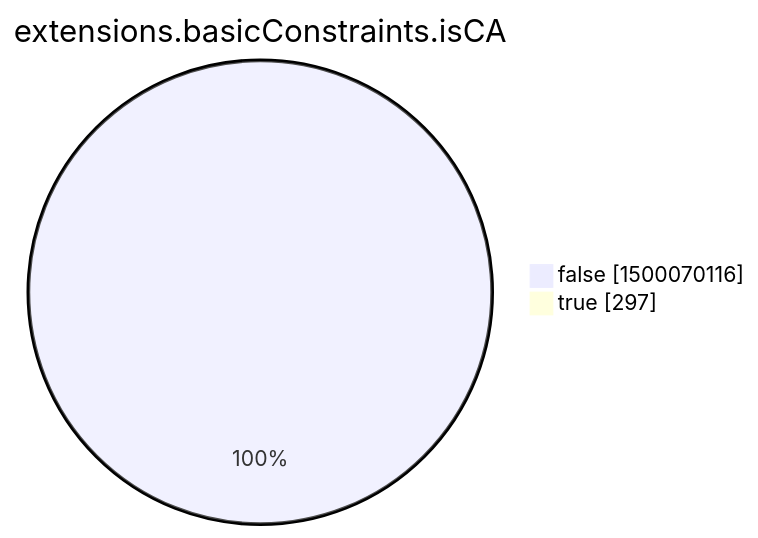
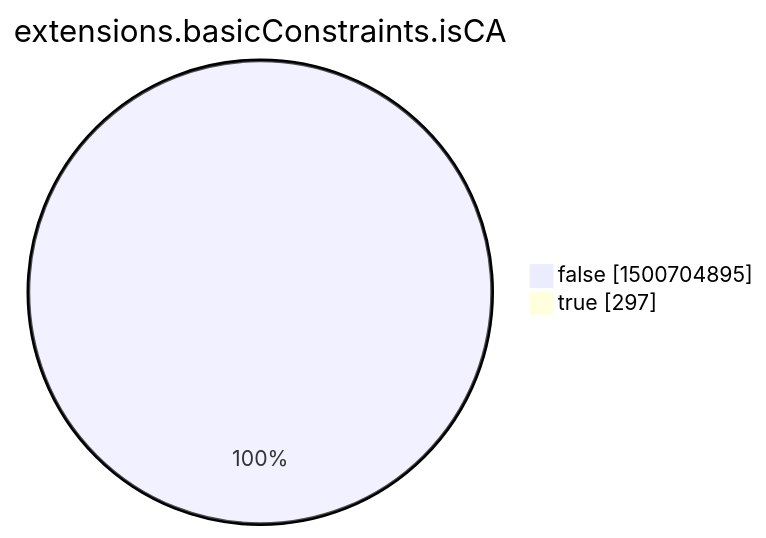
The eighth of 15 diagrams in argon2022/README.md (christiankrug/ctmonitor_visualization), drawn with Mermaid before and after one commit. The commit also changed other lines of this file, not shown here.

````diff
--- a/argon2022/README.md
+++ b/argon2022/README.md
@@ -2760,6 +2760,6 @@
 ```mermaid
 pie showData
 title extensions.basicConstraints.isCA
-"false" :1500070116
+"false" :1500704895
 "true" :297
 ```
````
